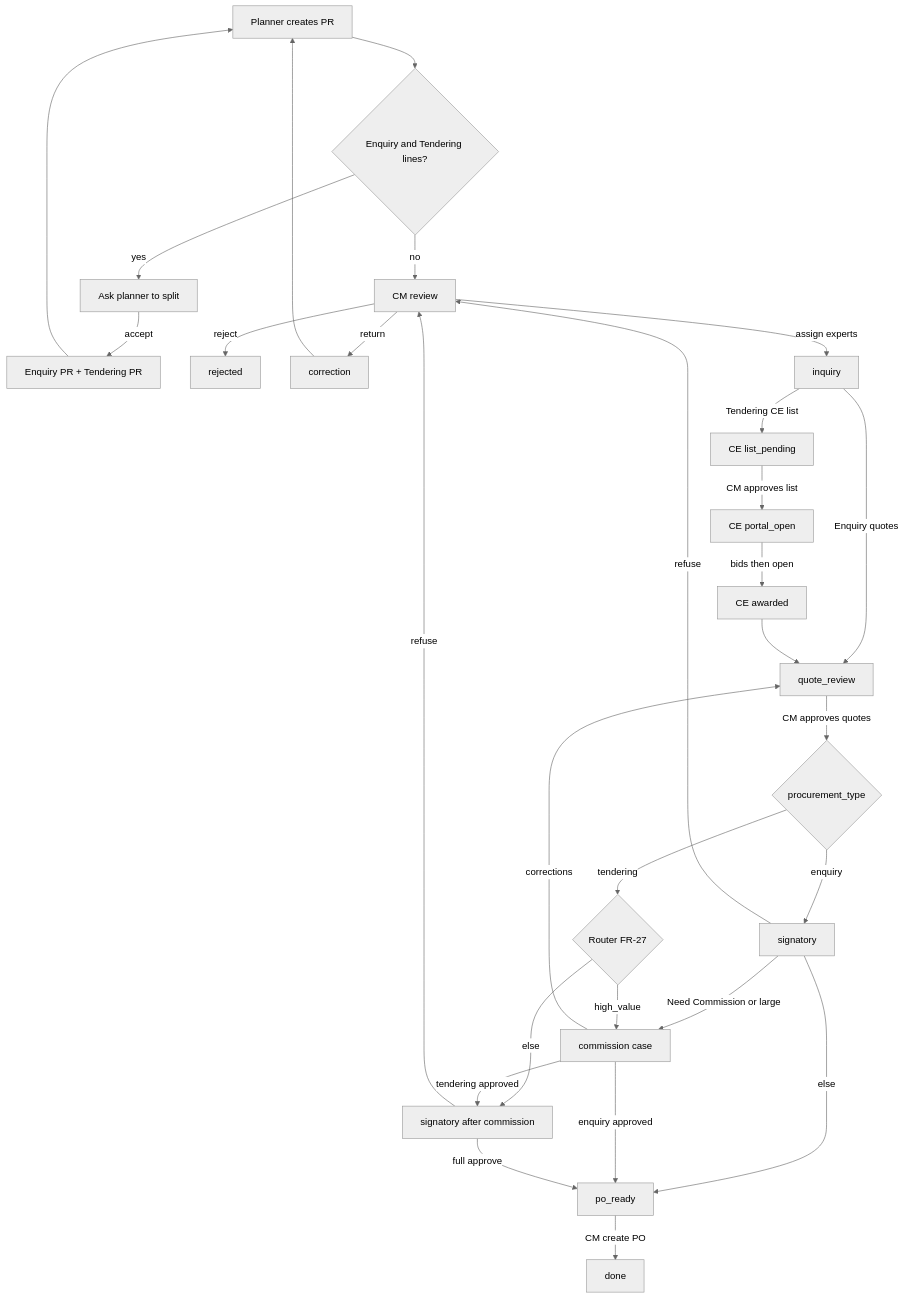
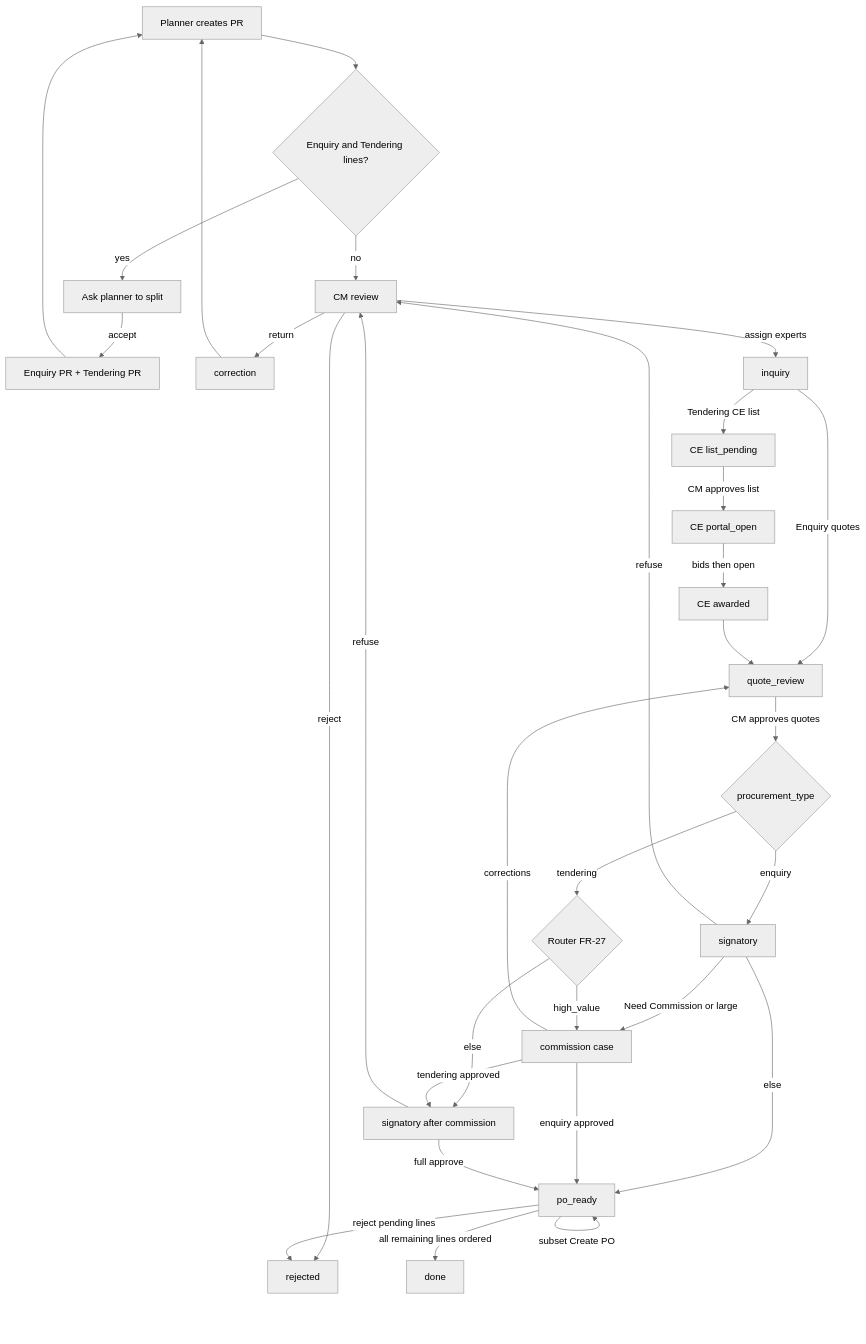
One commit to MohamadAzarifar/odoo-18-mammut changed the second of 2 diagrams in odoo/addons-mammut/zvy_tendering/Architecture.md. Above: the diagram before and after it, drawn with Mermaid (neutral theme). The commit also changed other lines of this file and 14 other files, not shown here.

````diff
--- a/odoo/addons-mammut/zvy_tendering/Architecture.md
+++ b/odoo/addons-mammut/zvy_tendering/Architecture.md
@@ -353,32 +357,34 @@
 ```mermaid
 flowchart TD
     PlannerCreate[Planner creates PR]
     PlannerCreate --> Mixed{Enquiry and Tendering lines?}
     Mixed -->|yes| SplitAsk[Ask planner to split]
     SplitAsk -->|accept| TwoPRs[Enquiry PR + Tendering PR]
     TwoPRs --> PlannerCreate
     Mixed -->|no| CMReview[CM review]
     CMReview -->|reject| Rejected[rejected]
     CMReview -->|return| Correction[correction]
     Correction --> PlannerCreate
     CMReview -->|assign experts| Inquiry[inquiry]
     Inquiry -->|Enquiry quotes| QuoteReview[quote_review]
     Inquiry -->|Tendering CE list| CEList[CE list_pending]
     CEList -->|CM approves list| PortalOpen[CE portal_open]
     PortalOpen -->|bids then open| Award[CE awarded]
     Award --> QuoteReview
     QuoteReview -->|CM approves quotes| Kind{procurement_type}
     Kind -->|enquiry| SignInquiry[signatory]
     SignInquiry -->|Need Commission or large| Commission[commission case]
     SignInquiry -->|else| PoReady[po_ready]
     Commission -->|enquiry approved| PoReady
     Kind -->|tendering| Router{Router FR-27}
     Router -->|high_value| Commission
     Router -->|else| SignTender[signatory after commission]
     Commission -->|tendering approved| SignTender
     Commission -->|corrections| QuoteReview
     SignTender -->|full approve| PoReady
     SignInquiry -->|refuse| CMReview
     SignTender -->|refuse| CMReview
-    PoReady -->|CM create PO| Done[done]
+    PoReady -->|subset Create PO| PoReady
+    PoReady -->|all remaining lines ordered| Done[done]
+    PoReady -->|reject pending lines| Rejected
 ```
````
